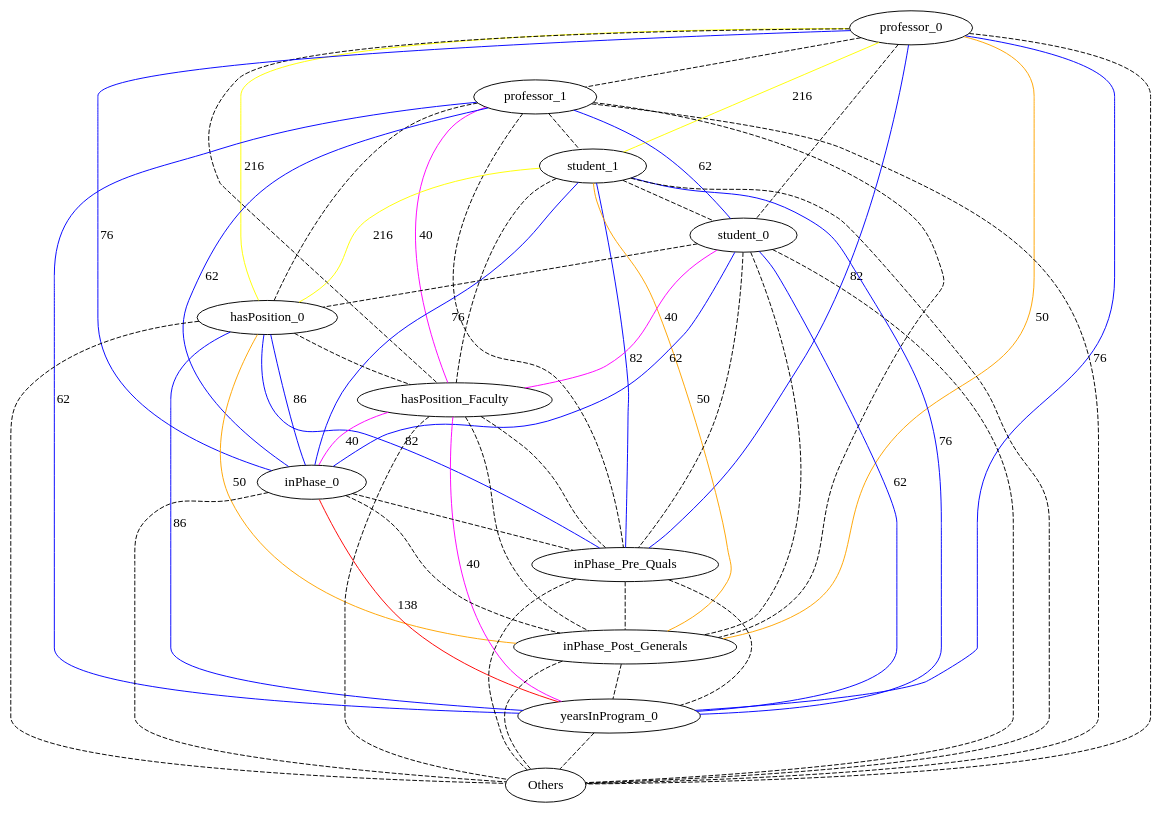
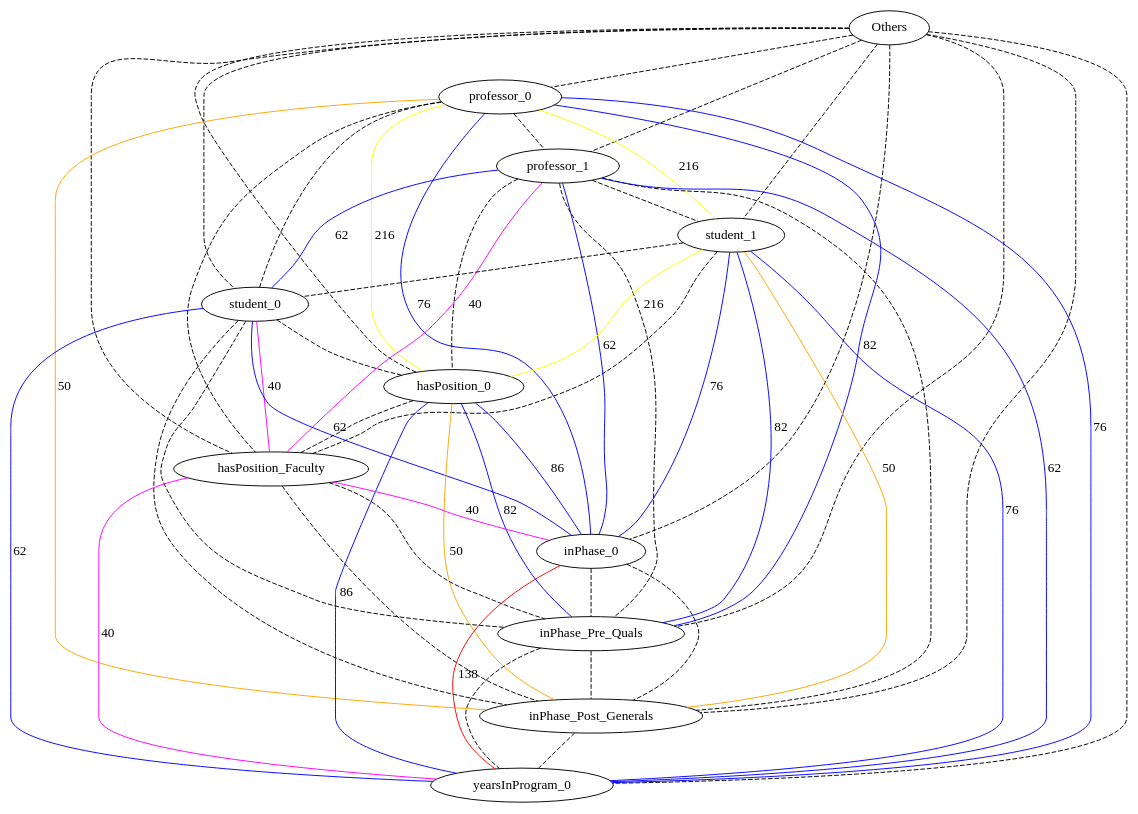
One commit to lrodrin/TFG changed the diagram in src/extension/exponentialGraph.dot. Above: the diagram before and after it, drawn with Graphviz. The commit also changed 1 other file, not shown here.

```diff
--- a/src/extension/exponentialGraph.dot
+++ b/src/extension/exponentialGraph.dot
@@ -1,68 +1,68 @@
 strict graph "()" {
+Others;
 professor_0;
 professor_1;
 student_1;
 student_0;
 hasPosition_0;
 hasPosition_Faculty;
 inPhase_0;
 inPhase_Pre_Quals;
 inPhase_Post_Generals;
 yearsInProgram_0;
-Others;
+Others -- professor_0  [color=black, label="", style=dashed];
+Others -- professor_1  [color=black, label="", style=dashed];
+Others -- student_1  [color=black, label="", style=dashed];
+Others -- student_0  [color=black, label="", style=dashed];
+Others -- hasPosition_0  [color=black, label="", style=dashed];
+Others -- hasPosition_Faculty  [color=black, label="", style=dashed];
+Others -- inPhase_0  [color=black, label="", style=dashed];
+Others -- inPhase_Pre_Quals  [color=black, label="", style=dashed];
+Others -- inPhase_Post_Generals  [color=black, label="", style=dashed];
+Others -- yearsInProgram_0  [color=black, label="", style=dashed];
 professor_0 -- professor_1  [color=black, label="", style=dashed];
 professor_0 -- student_1  [color=yellow, label=216, style=solid];
 professor_0 -- student_0  [color=black, label="", style=dashed];
 professor_0 -- hasPosition_0  [color=yellow, label=216, style=solid];
 professor_0 -- hasPosition_Faculty  [color=black, label="", style=dashed];
 professor_0 -- inPhase_0  [color=blue, label=76, style=solid];
 professor_0 -- inPhase_Pre_Quals  [color=blue, label=82, style=solid];
 professor_0 -- inPhase_Post_Generals  [color=orange, label=50, style=solid];
 professor_0 -- yearsInProgram_0  [color=blue, label=76, style=solid];
-professor_0 -- Others  [color=black, label="", style=dashed];
 professor_1 -- student_1  [color=black, label="", style=dashed];
 professor_1 -- student_0  [color=blue, label=62, style=solid];
 professor_1 -- hasPosition_0  [color=black, label="", style=dashed];
 professor_1 -- hasPosition_Faculty  [color=magenta, label=40, style=solid];
 professor_1 -- inPhase_0  [color=blue, label=62, style=solid];
 professor_1 -- inPhase_Pre_Quals  [color=black, label="", style=dashed];
 professor_1 -- inPhase_Post_Generals  [color=black, label="", style=dashed];
 professor_1 -- yearsInProgram_0  [color=blue, label=62, style=solid];
-professor_1 -- Others  [color=black, label="", style=dashed];
 student_1 -- student_0  [color=black, label="", style=dashed];
 student_1 -- hasPosition_0  [color=yellow, label=216, style=solid];
 student_1 -- hasPosition_Faculty  [color=black, label="", style=dashed];
 student_1 -- inPhase_0  [color=blue, label=76, style=solid];
 student_1 -- inPhase_Pre_Quals  [color=blue, label=82, style=solid];
 student_1 -- inPhase_Post_Generals  [color=orange, label=50, style=solid];
 student_1 -- yearsInProgram_0  [color=blue, label=76, style=solid];
-student_1 -- Others  [color=black, label="", style=dashed];
 student_0 -- hasPosition_0  [color=black, label="", style=dashed];
 student_0 -- hasPosition_Faculty  [color=magenta, label=40, style=solid];
 student_0 -- inPhase_0  [color=blue, label=62, style=solid];
 student_0 -- inPhase_Pre_Quals  [color=black, label="", style=dashed];
 student_0 -- inPhase_Post_Generals  [color=black, label="", style=dashed];
 student_0 -- yearsInProgram_0  [color=blue, label=62, style=solid];
-student_0 -- Others  [color=black, label="", style=dashed];
 hasPosition_0 -- hasPosition_Faculty  [color=black, label="", style=dashed];
 hasPosition_0 -- inPhase_0  [color=blue, label=86, style=solid];
 hasPosition_0 -- inPhase_Pre_Quals  [color=blue, label=82, style=solid];
 hasPosition_0 -- inPhase_Post_Generals  [color=orange, label=50, style=solid];
 hasPosition_0 -- yearsInProgram_0  [color=blue, label=86, style=solid];
-hasPosition_0 -- Others  [color=black, label="", style=dashed];
 hasPosition_Faculty -- inPhase_0  [color=magenta, label=40, style=solid];
 hasPosition_Faculty -- inPhase_Pre_Quals  [color=black, label="", style=dashed];
 hasPosition_Faculty -- inPhase_Post_Generals  [color=black, label="", style=dashed];
 hasPosition_Faculty -- yearsInProgram_0  [color=magenta, label=40, style=solid];
-hasPosition_Faculty -- Others  [color=black, label="", style=dashed];
 inPhase_0 -- inPhase_Pre_Quals  [color=black, label="", style=dashed];
 inPhase_0 -- inPhase_Post_Generals  [color=black, label="", style=dashed];
 inPhase_0 -- yearsInProgram_0  [color=red, label=138, style=solid];
-inPhase_0 -- Others  [color=black, label="", style=dashed];
 inPhase_Pre_Quals -- inPhase_Post_Generals  [color=black, label="", style=dashed];
 inPhase_Pre_Quals -- yearsInProgram_0  [color=black, label="", style=dashed];
-inPhase_Pre_Quals -- Others  [color=black, label="", style=dashed];
 inPhase_Post_Generals -- yearsInProgram_0  [color=black, label="", style=dashed];
-inPhase_Post_Generals -- Others  [color=black, label="", style=dashed];
-yearsInProgram_0 -- Others  [color=black, label="", style=dashed];
 }
```
